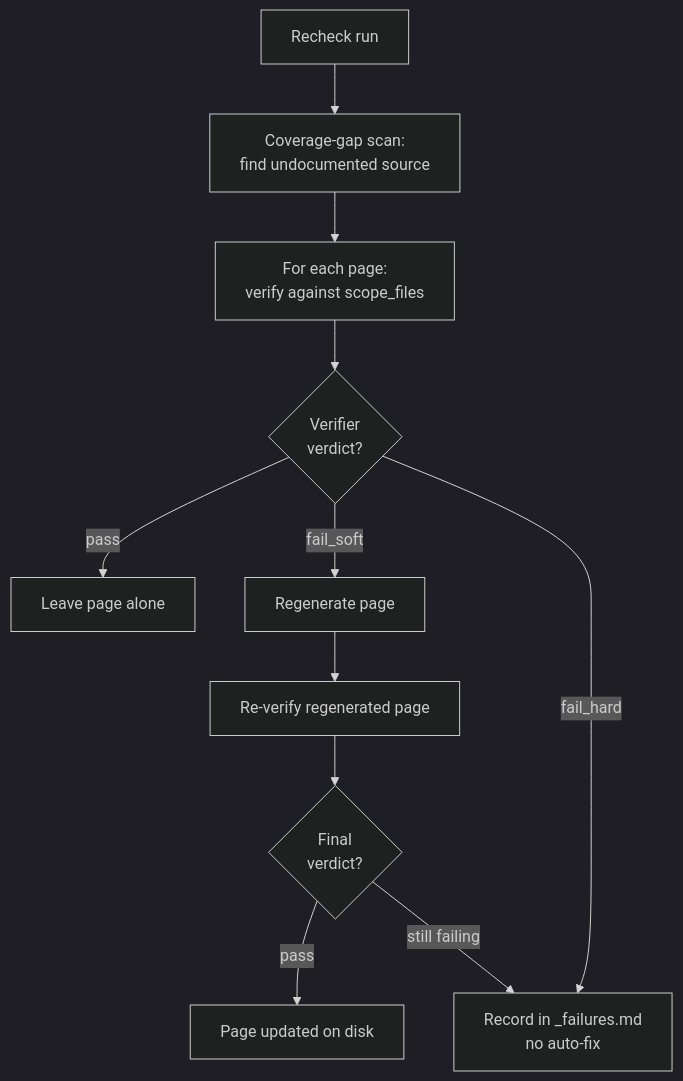
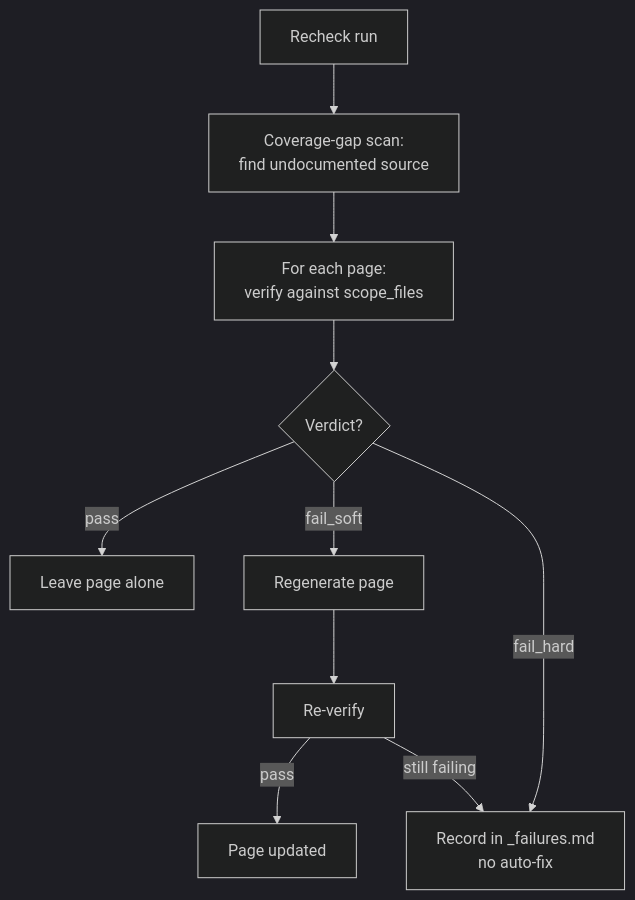
The diagram in README.md (Simas-Zurauskas/wiki-system), drawn with Mermaid (dark theme) before and after one commit. The commit also changed other lines of this file and 13 other files, not shown here.

````diff
--- a/README.md
+++ b/README.md
@@ -137,13 +66,12 @@
 ```mermaid
 flowchart TD
     Start[Recheck run] --> Cov[Coverage-gap scan:<br/>find undocumented source]
     Cov --> Verify[For each page:<br/>verify against scope_files]
-    Verify --> Pass{Verifier<br/>verdict?}
+    Verify --> Pass{Verdict?}
     Pass -->|pass| Skip[Leave page alone]
     Pass -->|fail_soft| Regen[Regenerate page]
     Pass -->|fail_hard| Flag[Record in _failures.md<br/>no auto-fix]
-    Regen --> Reverify[Re-verify regenerated page]
-    Reverify --> Final{Final<br/>verdict?}
-    Final -->|pass| Done[Page updated on disk]
-    Final -->|still failing| Flag
+    Regen --> Reverify[Re-verify]
+    Reverify -->|pass| Done[Page updated]
+    Reverify -->|still failing| Flag
 ```
````
